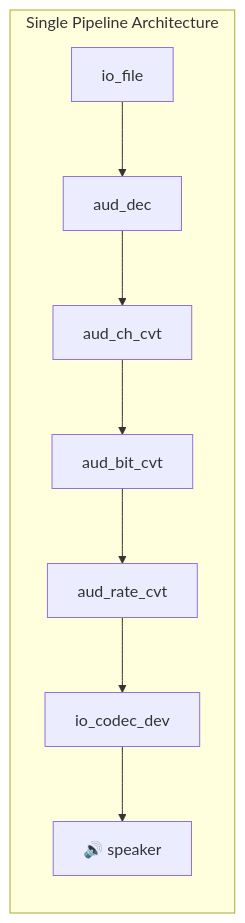
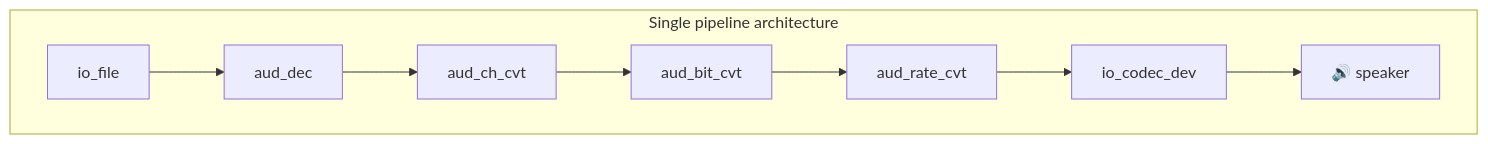
Before and after one commit to espressif/esp-gmf: the first of 3 diagrams in gmf_examples/basic_examples/pipeline_loop_play_no_gap/README.md, drawn with Mermaid. The commit also changed other lines of this file and 57 other files, not shown here.

````diff
--- a/gmf_examples/basic_examples/pipeline_loop_play_no_gap/README.md
+++ b/gmf_examples/basic_examples/pipeline_loop_play_no_gap/README.md
@@ -25,11 +22,7 @@
 ```mermaid
 flowchart LR
-    subgraph "Single Pipeline Architecture"
-        A1[io_file] --> A2[aud_dec]
-        A2 --> A3[aud_ch_cvt]
-        A3 --> A4[aud_bit_cvt]
-        A4 --> A5[aud_rate_cvt]
-        A5 --> A6[io_codec_dev]
-        A6 --> A7[🔊 speaker]
+    subgraph SinglePipeline["Single pipeline architecture"]
+        direction LR
+        A1[io_file] --> A2[aud_dec] --> A3[aud_ch_cvt] --> A4[aud_bit_cvt] --> A5[aud_rate_cvt] --> A6[io_codec_dev] --> A7[🔊 speaker]
     end
 ```
````
